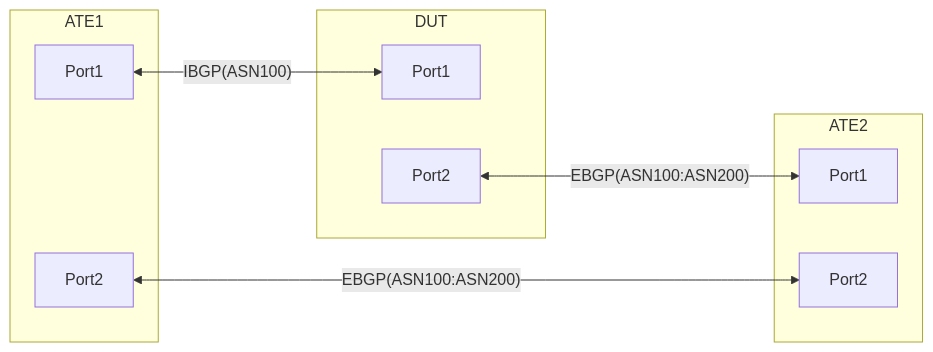
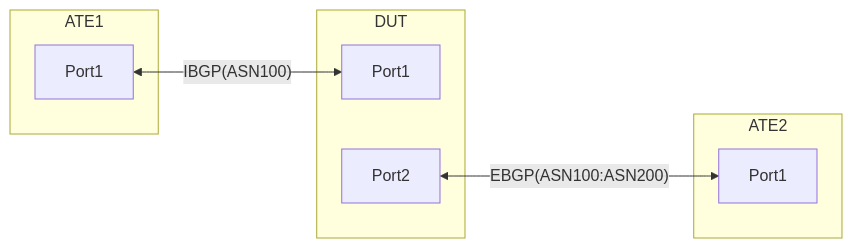
Before and after one commit to openconfig/featureprofiles: the diagram in feature/experimental/policy/policy_vrf_selection/otg_tests/multiple_vrfs_and_gue_decap/README.md, drawn with Mermaid. The commit also changed other lines of this file, not shown here.

````diff
--- a/feature/experimental/policy/policy_vrf_selection/otg_tests/multiple_vrfs_and_gue_decap/README.md
+++ b/feature/experimental/policy/policy_vrf_selection/otg_tests/multiple_vrfs_and_gue_decap/README.md
@@ -11,21 +11,18 @@
 ```mermaid
 graph LR; 
 subgraph ATE1 [ATE1]
     A1[Port1] 
-    A2[Port2]
 end
 
 subgraph DUT [DUT]
     B1[Port1]
     B2[Port2]
 end
 
 subgraph ATE2 [ATE2]
     C1[Port1] 
-    C2[Port2]
 end
 
 A1 <-- IBGP(ASN100) --> B1; 
-B2 <-- EBGP(ASN100:ASN200) --> C1;
-A2 <-- EBGP(ASN100:ASN200) --> C2;
+B2 <-- EBGP(ASN100:ASN200) --> C1;;
 ```
````
